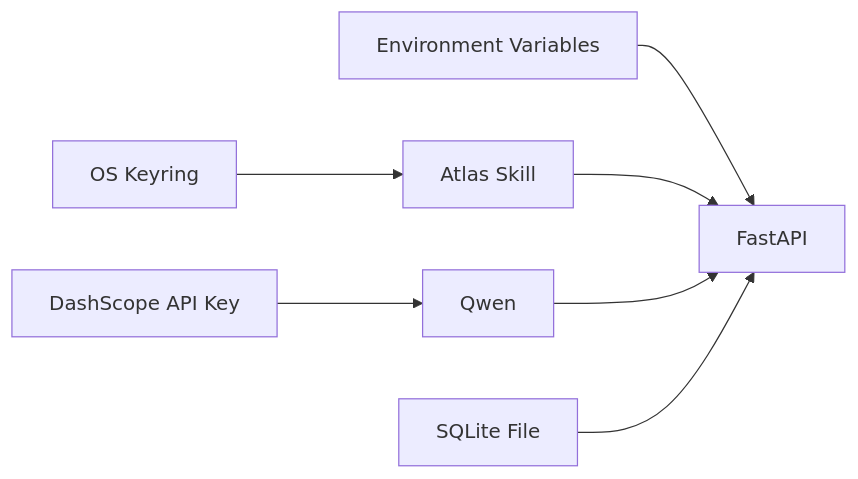
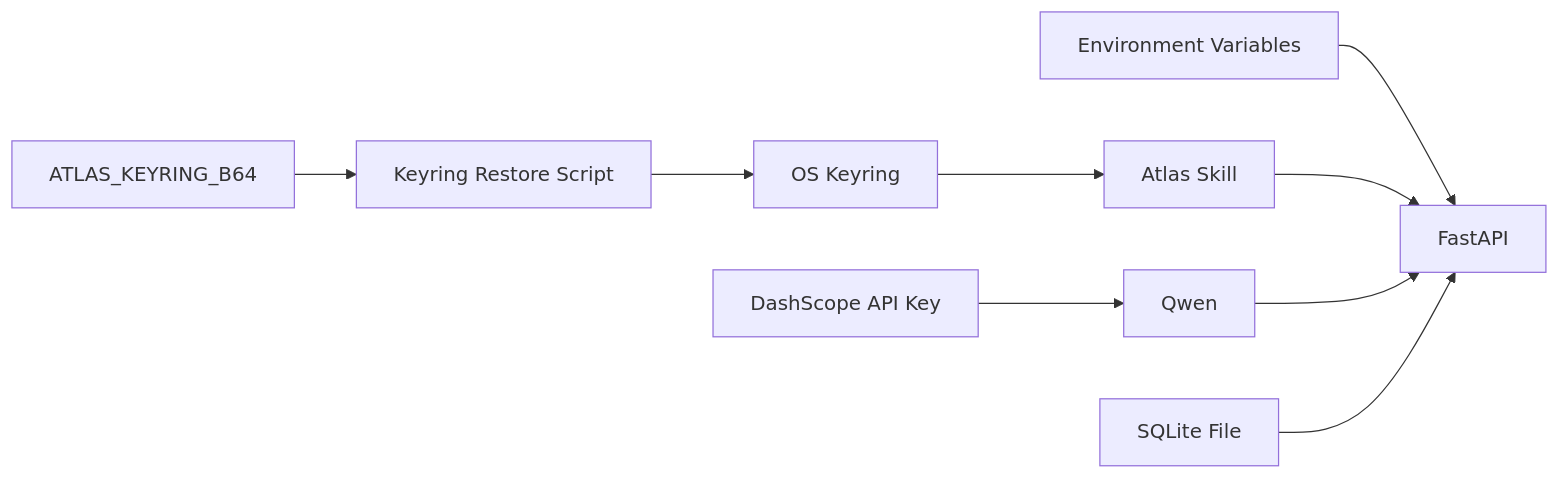
One commit to jaydonnnk/waypoint changed the third of 3 diagrams in .qoder/repowiki/en/content/Deployment & Operations.md. Above: the diagram before and after it, drawn with Mermaid. The commit also changed other lines of this file and 36 other files, not shown here.

````diff
--- a/.qoder/repowiki/en/content/Deployment & Operations.md
+++ b/.qoder/repowiki/en/content/Deployment & Operations.md
@@ -263,9 +322,11 @@
 ```mermaid
 graph LR
 ENV["Environment Variables"] --> API["FastAPI"]
 KEYRING["OS Keyring"] --> ATLAS["Atlas Skill"]
 ATLAS --> API
 LLMKEY["DashScope API Key"] --> LLM["Qwen"]
 LLM --> API
 DBFILE["SQLite File"] --> API
+KEYRING_B64["ATLAS_KEYRING_B64"] --> RESTORE["Keyring Restore Script"]
+RESTORE --> KEYRING
 ```
````
